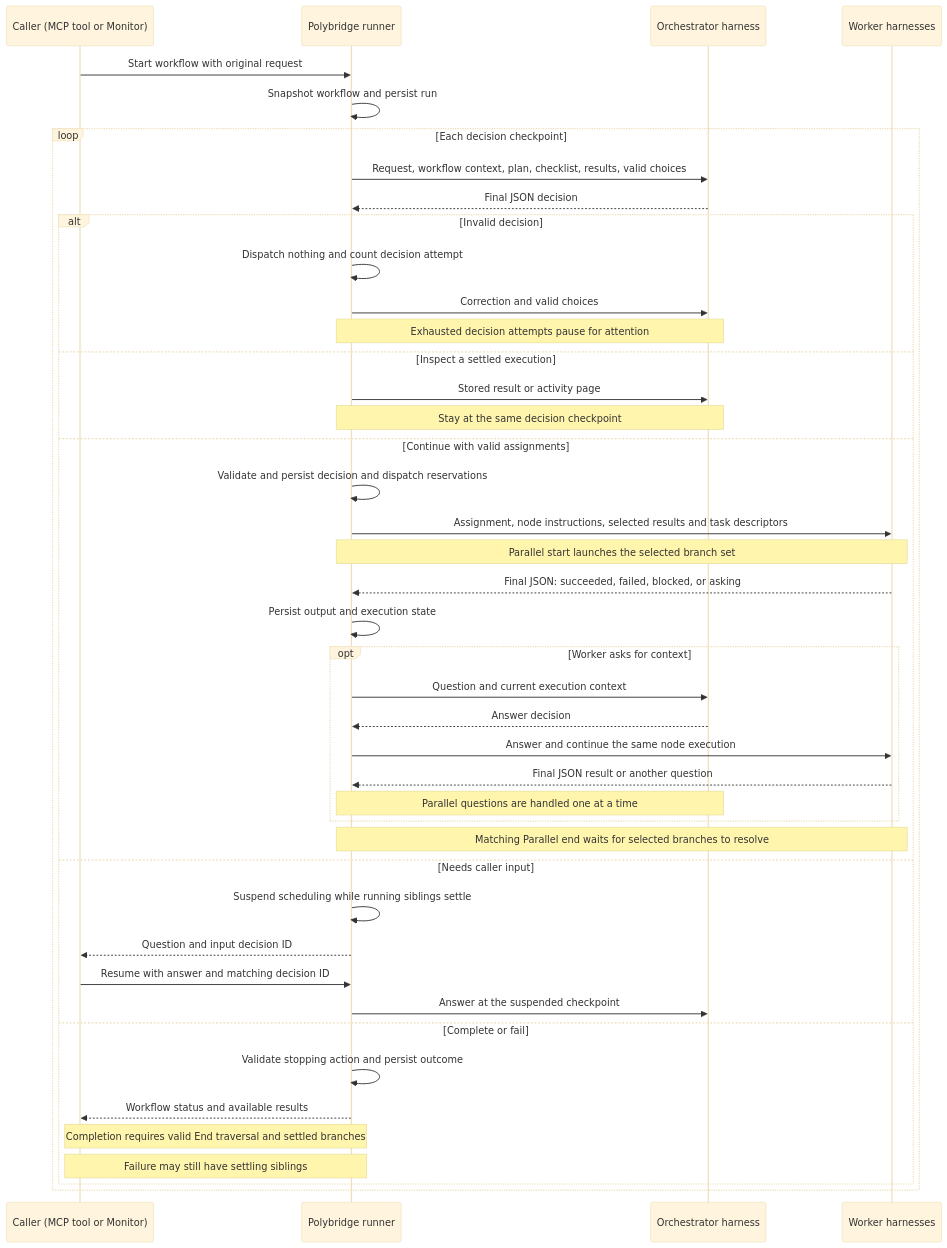
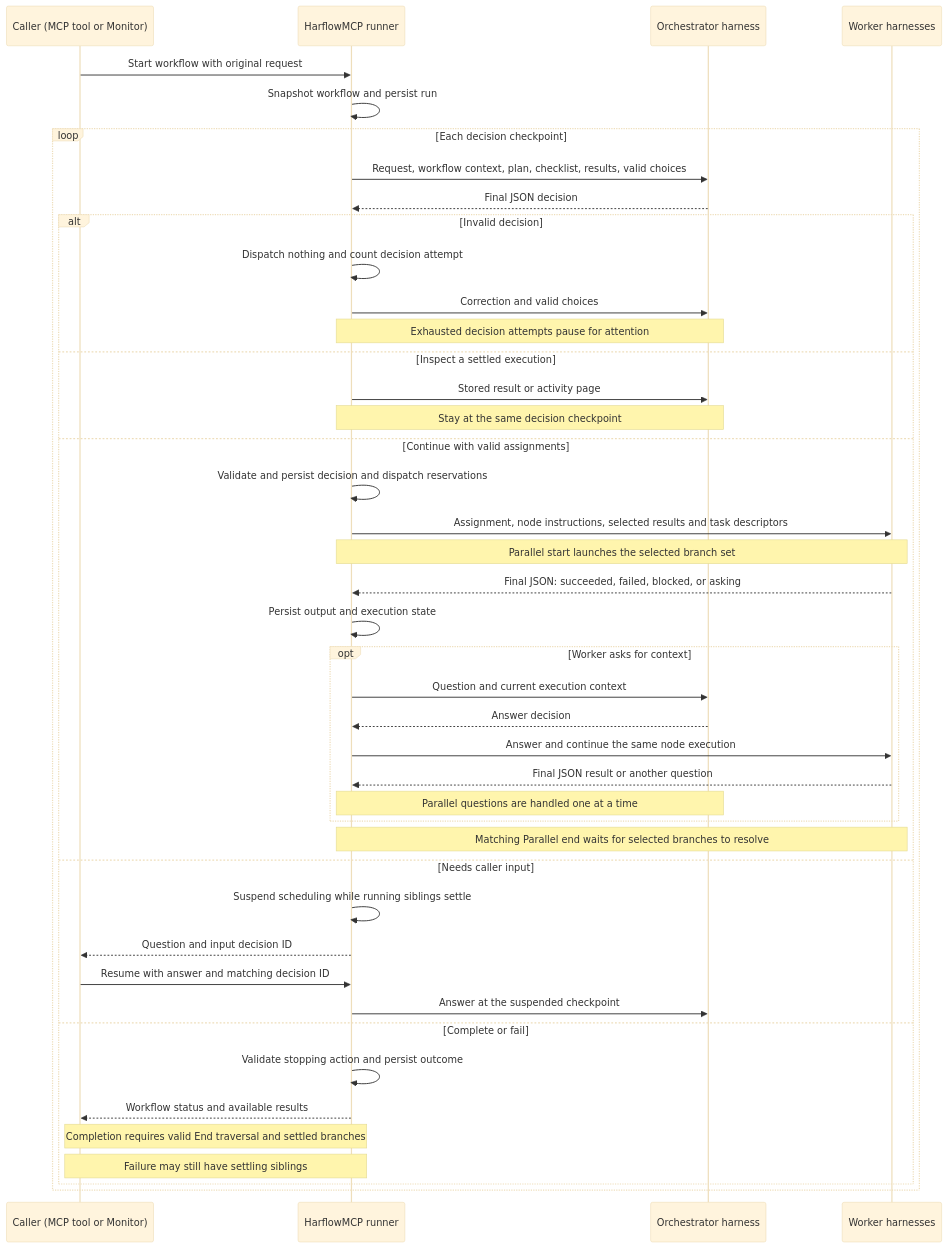
One commit to Harflow-Dev/HarflowMCP changed the first of 4 diagrams in docs/workflows.md. Above: the diagram before and after it, drawn with Mermaid (base theme). The commit also changed other lines of this file and 315 other files, not shown here.

Commit message:
Extract and rename the Harflow MCP engine

````diff
--- a/docs/workflows.md
+++ b/docs/workflows.md
@@ -160,46 +162,46 @@
 ```mermaid
 sequenceDiagram
     participant Caller as Caller (MCP tool or Monitor)
-    participant Runner as Polybridge runner
+    participant Runner as HarflowMCP runner
     participant Orchestrator as Orchestrator harness
     participant Worker as Worker harnesses
 
     Caller->>Runner: Start workflow with original request
     Runner->>Runner: Snapshot workflow and persist run
     loop Each decision checkpoint
         Runner->>Orchestrator: Request, workflow context, plan, checklist, results, valid choices
         Orchestrator-->>Runner: Final JSON decision
         alt Invalid decision
             Runner->>Runner: Dispatch nothing and count decision attempt
             Runner->>Orchestrator: Correction and valid choices
             Note over Runner,Orchestrator: Exhausted decision attempts pause for attention
         else Inspect a settled execution
             Runner->>Orchestrator: Stored result or activity page
             Note over Runner,Orchestrator: Stay at the same decision checkpoint
         else Continue with valid assignments
             Runner->>Runner: Validate and persist decision and dispatch reservations
             Runner->>Worker: Assignment, node instructions, selected results and task descriptors
             Note over Runner,Worker: Parallel start launches the selected branch set
             Worker-->>Runner: Final JSON: succeeded, failed, blocked, or asking
             Runner->>Runner: Persist output and execution state
             opt Worker asks for context
                 Runner->>Orchestrator: Question and current execution context
                 Orchestrator-->>Runner: Answer decision
                 Runner->>Worker: Answer and continue the same node execution
                 Worker-->>Runner: Final JSON result or another question
                 Note over Runner,Orchestrator: Parallel questions are handled one at a time
             end
             Note over Runner,Worker: Matching Parallel end waits for selected branches to resolve
         else Needs caller input
             Runner->>Runner: Suspend scheduling while running siblings settle
             Runner-->>Caller: Question and input decision ID
             Caller->>Runner: Resume with answer and matching decision ID
             Runner->>Orchestrator: Answer at the suspended checkpoint
         else Complete or fail
             Runner->>Runner: Validate stopping action and persist outcome
             Runner-->>Caller: Workflow status and available results
             Note over Caller,Runner: Completion requires valid End traversal and settled branches
             Note over Caller,Runner: Failure may still have settling siblings
         end
     end
 ```
````
